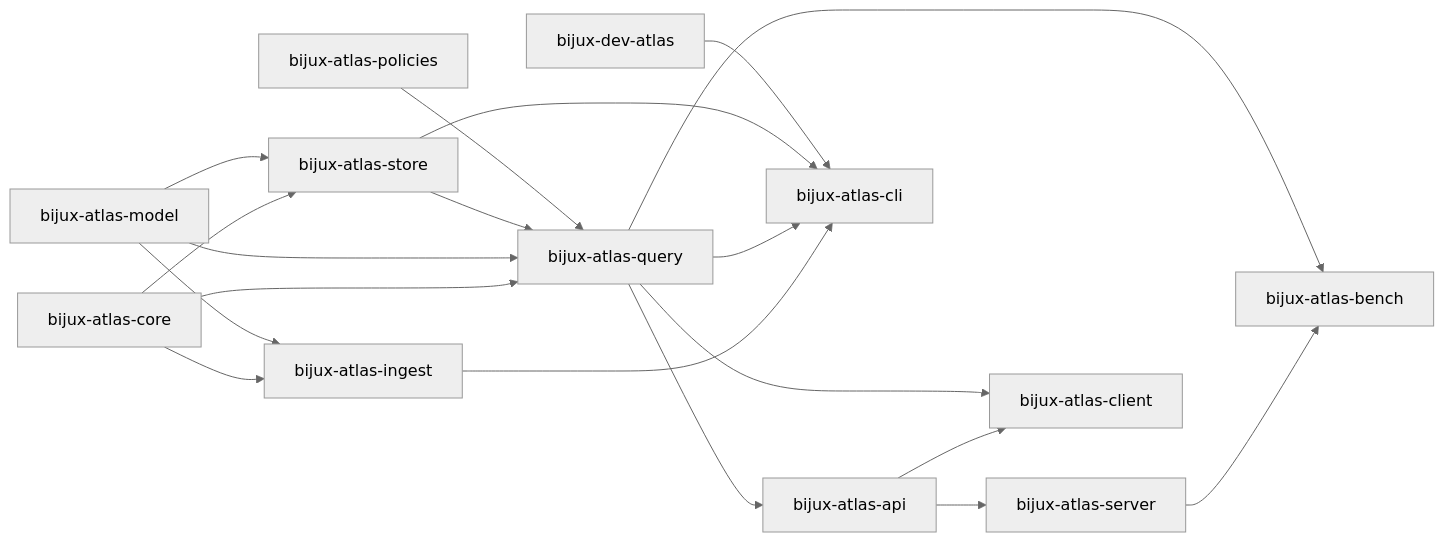
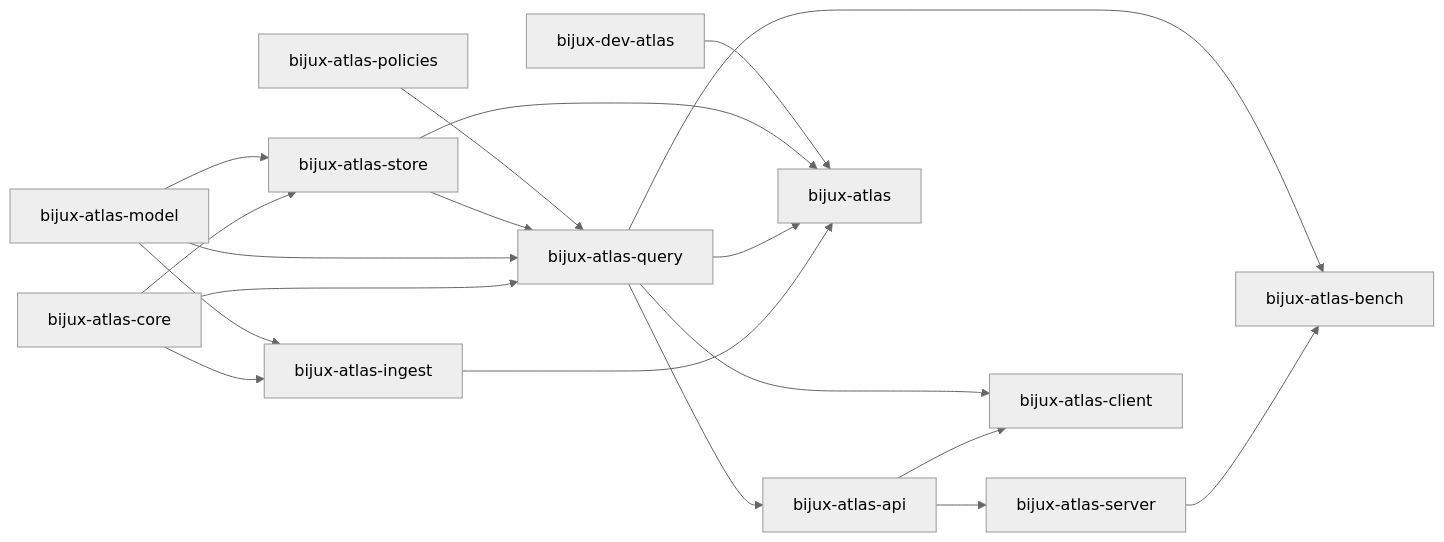
Before and after one commit to bijux/bijux-atlas: the diagram in docs/architecture/crates-map.md, drawn with Mermaid (neutral theme). The commit also changed other lines of this file and 31 other files, not shown here.

````diff
--- a/docs/architecture/crates-map.md
+++ b/docs/architecture/crates-map.md
@@ -12,21 +12,21 @@
 ```mermaid
 flowchart LR
   core[bijux-atlas-core] --> ingest[bijux-atlas-ingest]
   model[bijux-atlas-model] --> ingest
   core --> store[bijux-atlas-store]
   model --> store
   core --> query[bijux-atlas-query]
   model --> query
   store --> query
   policies[bijux-atlas-policies] --> query
   query --> api[bijux-atlas-api]
   api --> server[bijux-atlas-server]
   api --> client[bijux-atlas-client]
   query --> client
-  ingest --> cli[bijux-atlas-cli]
+  ingest --> cli[bijux-atlas]
   query --> cli
   store --> cli
   server --> bench[bijux-atlas-bench]
   query --> bench
   dev[bijux-dev-atlas] --> cli
 ```
````
